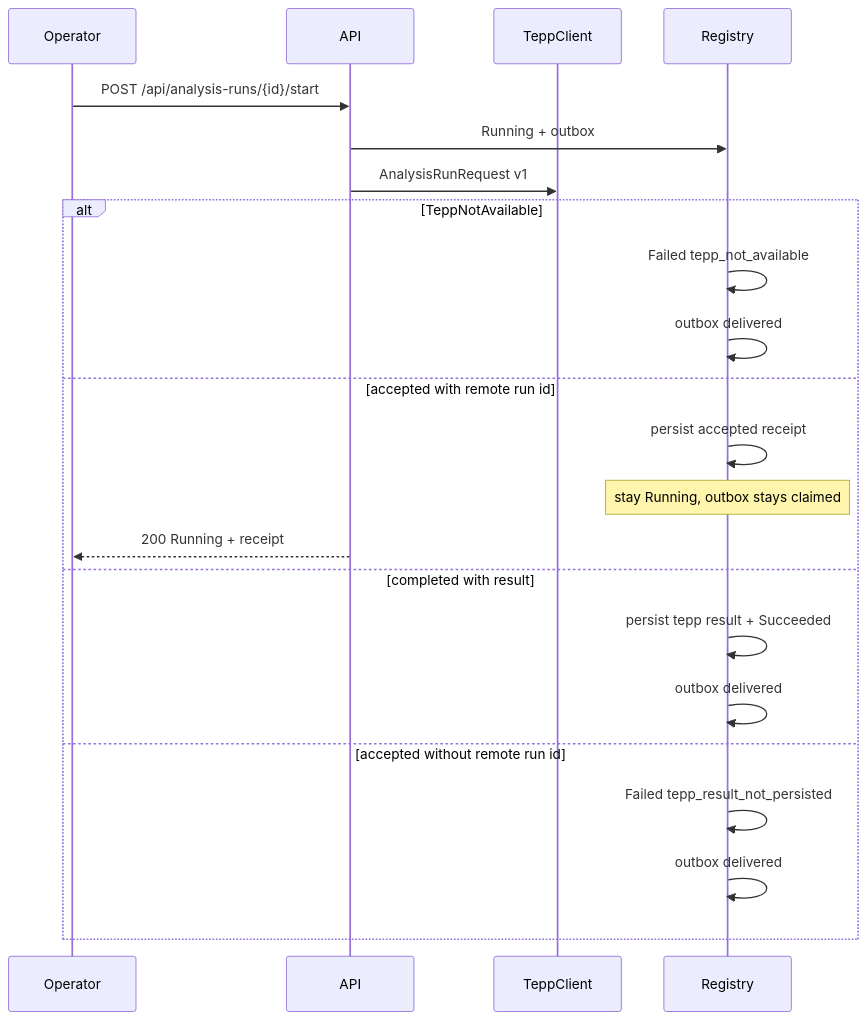
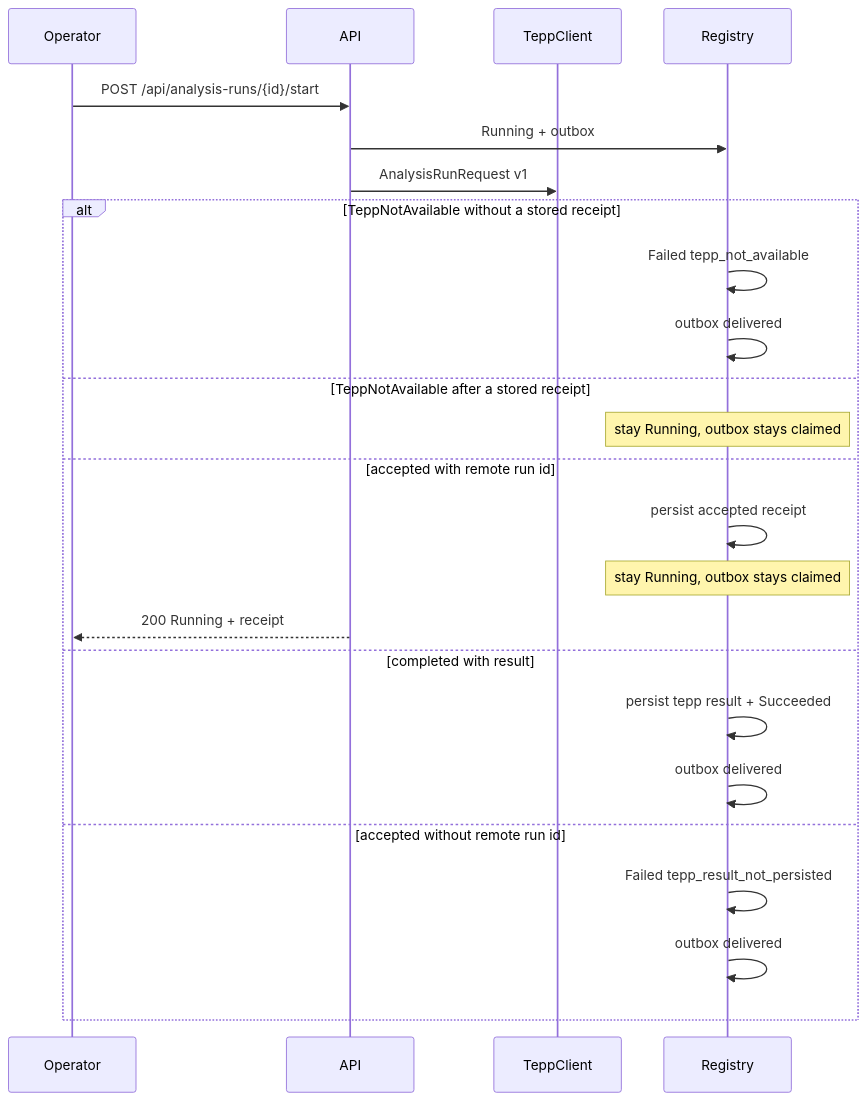
One commit to ContextualWisdomLab/LineageWeave changed the diagram in docs/adr/0162-tepp-accepted-receipt.md. Above: the diagram before and after it, drawn with Mermaid. The commit also changed other lines of this file and 2 other files, not shown here.

Commit message:
fix: preserve accepted TEPP run on retry outage

````diff
--- a/docs/adr/0162-tepp-accepted-receipt.md
+++ b/docs/adr/0162-tepp-accepted-receipt.md
@@ -65,24 +68,26 @@
 ```mermaid
 sequenceDiagram
     participant Operator
     participant API
     participant TeppClient
     participant Registry
     Operator->>API: POST /api/analysis-runs/{id}/start
     API->>Registry: Running + outbox
     API->>TeppClient: AnalysisRunRequest v1
-    alt TeppNotAvailable
+    alt TeppNotAvailable without a stored receipt
         Registry->>Registry: Failed tepp_not_available
         Registry->>Registry: outbox delivered
+    else TeppNotAvailable after a stored receipt
+        Note over Registry: stay Running, outbox stays claimed
     else accepted with remote run id
         Registry->>Registry: persist accepted receipt
         Note over Registry: stay Running, outbox stays claimed
         API-->>Operator: 200 Running + receipt
     else completed with result
         Registry->>Registry: persist tepp result + Succeeded
         Registry->>Registry: outbox delivered
     else accepted without remote run id
         Registry->>Registry: Failed tepp_result_not_persisted
         Registry->>Registry: outbox delivered
     end
 ```
````
